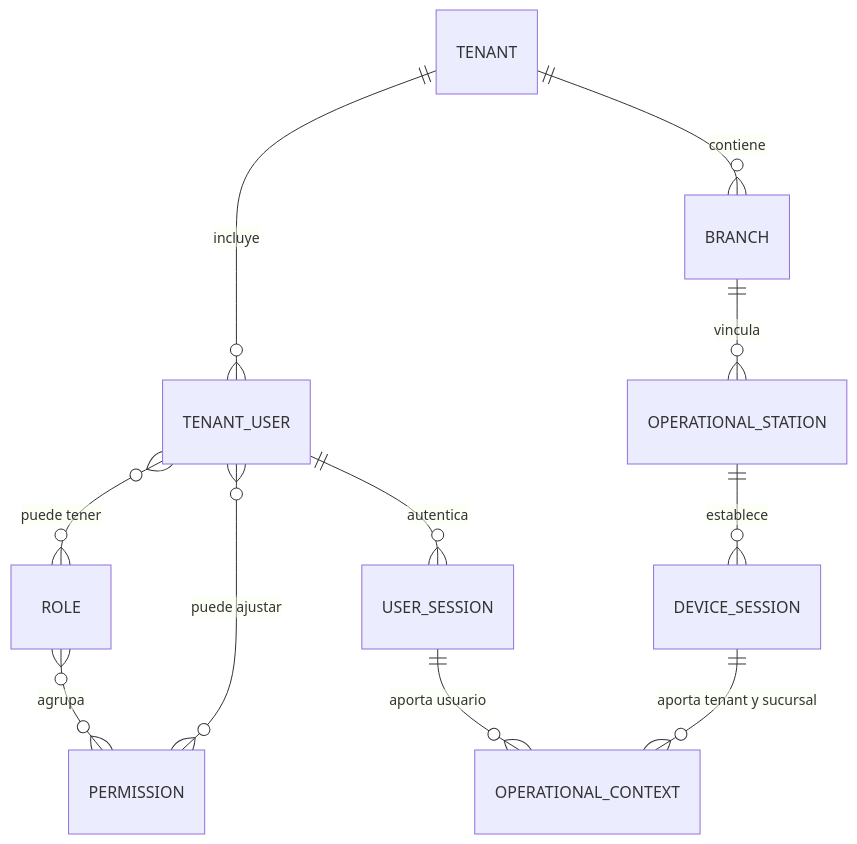
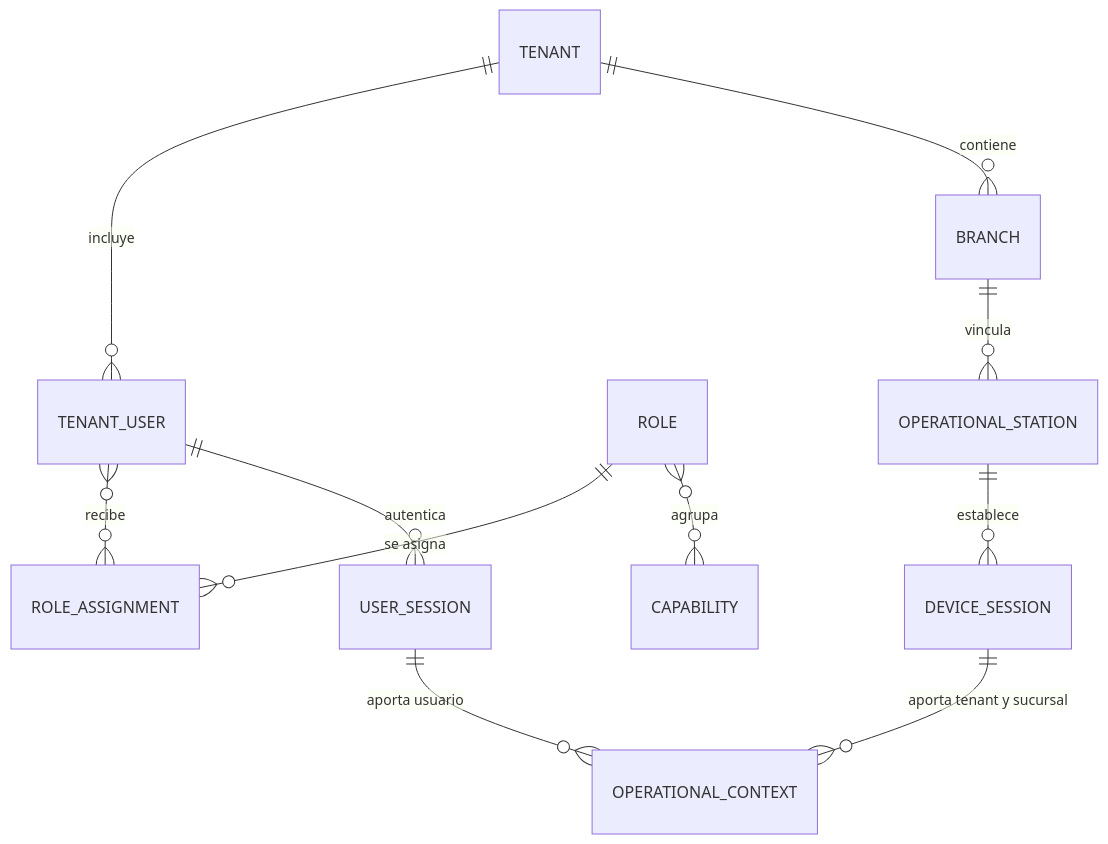
One commit to luisgtzaviles/SrTaller-2.0 changed the first of 2 diagrams in docs/architecture/IDENTITY_ACCESS_AND_PERMISSIONS.md. Above: the diagram before and after it, drawn with Mermaid. The commit also changed other lines of this file and 59 other files, not shown here.

````diff
--- a/docs/architecture/IDENTITY_ACCESS_AND_PERMISSIONS.md
+++ b/docs/architecture/IDENTITY_ACCESS_AND_PERMISSIONS.md
@@ -16,13 +16,13 @@
 ```mermaid
 erDiagram
     TENANT ||--o{ TENANT_USER : "incluye"
-    TENANT_USER }o--o{ ROLE : "puede tener"
-    ROLE }o--o{ PERMISSION : "agrupa"
-    TENANT_USER }o--o{ PERMISSION : "puede ajustar"
+    TENANT_USER }o--o{ ROLE_ASSIGNMENT : "recibe"
+    ROLE ||--o{ ROLE_ASSIGNMENT : "se asigna"
+    ROLE }o--o{ CAPABILITY : "agrupa"
     TENANT ||--o{ BRANCH : "contiene"
     BRANCH ||--o{ OPERATIONAL_STATION : "vincula"
     OPERATIONAL_STATION ||--o{ DEVICE_SESSION : "establece"
     TENANT_USER ||--o{ USER_SESSION : "autentica"
     USER_SESSION ||--o{ OPERATIONAL_CONTEXT : "aporta usuario"
     DEVICE_SESSION ||--o{ OPERATIONAL_CONTEXT : "aporta tenant y sucursal"
 ```
````
